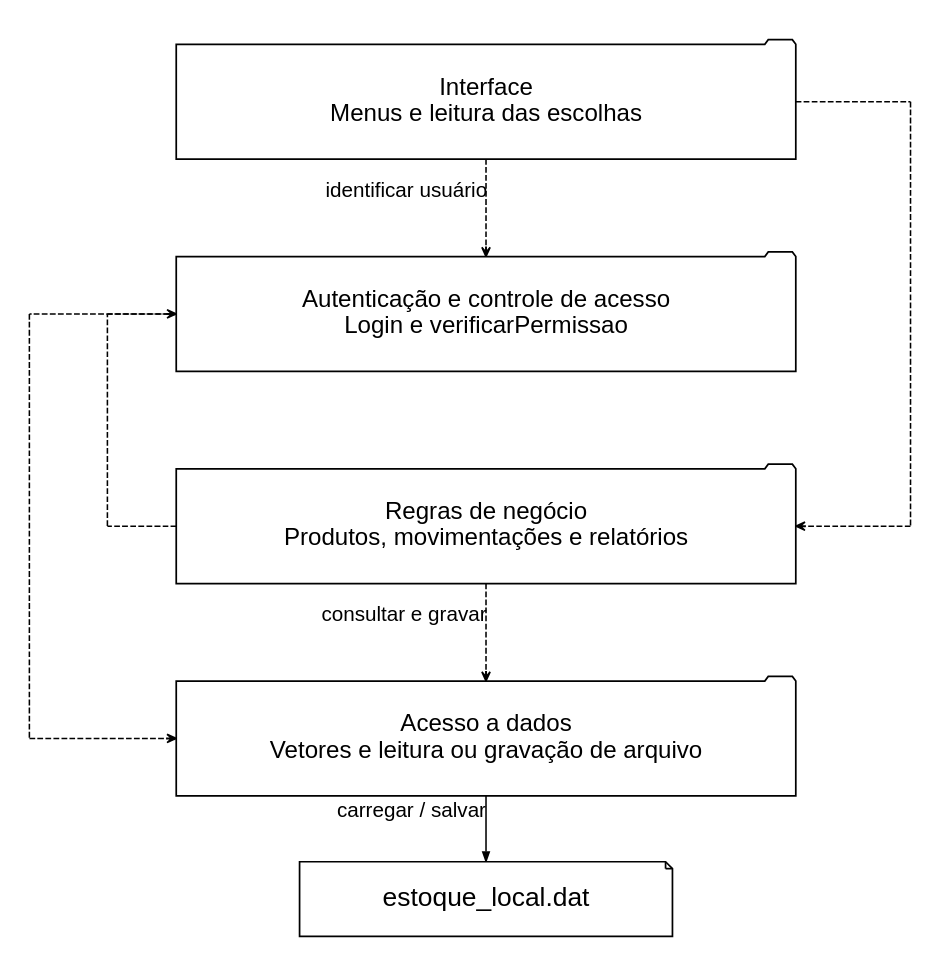
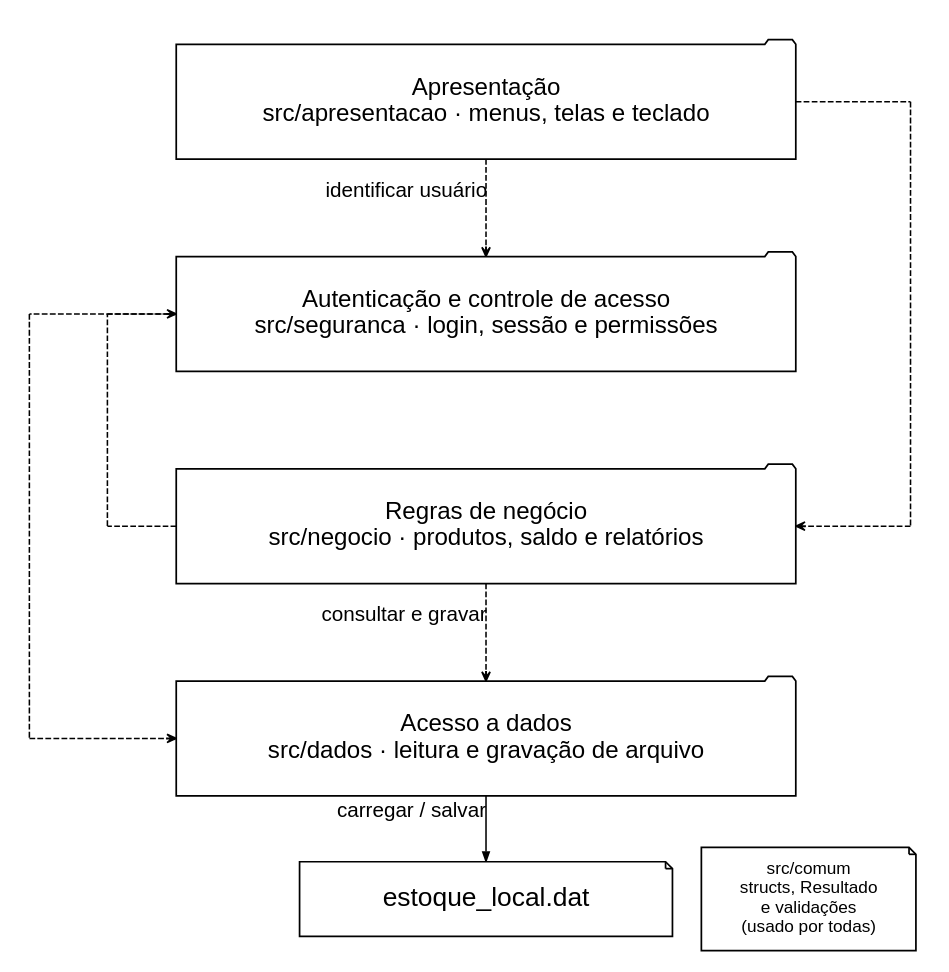
The diagram in diagramas/fontes/06_pacotes.dot (Fontesvini/EstoqueFacil_PIM-II), drawn with Graphviz before and after one commit. The commit also changed 15 other files, not shown here.

```diff
--- a/diagramas/fontes/06_pacotes.dot
+++ b/diagramas/fontes/06_pacotes.dot
@@ -1,30 +1,31 @@
 digraph G {
 graph [layout=neato, overlap=true, splines=line, outputorder=edgesfirst, bgcolor="white", pad="0.08", margin=0, notranslate=true];
 node [pin=true, fontname="Arial", fontsize=18, shape=box, fixedsize=true, margin=0, color="black", style="filled", fillcolor="white", penwidth=1.5];
 edge [fontname="Arial", fontsize=16, color="black", penwidth=1.35, arrowsize=0.8];
 _a [label="", pos="0.0,0.0!", width="0.0", height="0.0", shape="point", style="invis"];
 _z [label="", pos="11.11111111111111,-11.38888888888889!", width="0.0", height="0.0", shape="point", style="invis"];
-I [label="Interface\nMenus e leitura das escolhas", pos="5.694444444444445,-1.0416666666666667!", width="7.5", height="1.3888888888888888", shape="folder", fontsize="21"];
-A [label="Autenticação e controle de acesso\nLogin e verificarPermissao", pos="5.694444444444445,-3.611111111111111!", width="7.5", height="1.3888888888888888", shape="folder", fontsize="21"];
-R [label="Regras de negócio\nProdutos, movimentações e relatórios", pos="5.694444444444445,-6.180555555555555!", width="7.5", height="1.3888888888888888", shape="folder", fontsize="21"];
-D [label="Acesso a dados\nVetores e leitura ou gravação de arquivo", pos="5.694444444444445,-8.75!", width="7.5", height="1.3888888888888888", shape="folder", fontsize="21"];
+I [label="Apresentação\nsrc/apresentacao · menus, telas e teclado", pos="5.694444444444445,-1.0416666666666667!", width="7.5", height="1.3888888888888888", shape="folder", fontsize="21"];
+A [label="Autenticação e controle de acesso\nsrc/seguranca · login, sessão e permissões", pos="5.694444444444445,-3.611111111111111!", width="7.5", height="1.3888888888888888", shape="folder", fontsize="21"];
+R [label="Regras de negócio\nsrc/negocio · produtos, saldo e relatórios", pos="5.694444444444445,-6.180555555555555!", width="7.5", height="1.3888888888888888", shape="folder", fontsize="21"];
+D [label="Acesso a dados\nsrc/dados · leitura e gravação de arquivo", pos="5.694444444444445,-8.75!", width="7.5", height="1.3888888888888888", shape="folder", fontsize="21"];
 F [label="estoque_local.dat", pos="5.694444444444445,-10.694444444444445!", width="4.513888888888889", height="0.9027777777777778", shape="note", fontsize="23"];
 I:s -> A:n [arrowhead="open", style="dashed", label="identificar usuário", fontsize="18"];
 p1 [label="", pos="10.833333333333334,-1.0416666666666667!", width="0.0", height="0.0", shape="point", style="invis"];
 p2 [label="", pos="10.833333333333334,-6.180555555555555!", width="0.0", height="0.0", shape="point", style="invis"];
 I:e -> p1 [arrowhead="none", style="dashed"];
 p1 -> p2 [arrowhead="none", style="dashed"];
 p2 -> R:e [arrowhead="open", style="dashed"];
 p3 [label="", pos="1.1111111111111112,-6.180555555555555!", width="0.0", height="0.0", shape="point", style="invis"];
 p4 [label="", pos="1.1111111111111112,-3.611111111111111!", width="0.0", height="0.0", shape="point", style="invis"];
 R:w -> p3 [arrowhead="none", style="dashed"];
 p3 -> p4 [arrowhead="none", style="dashed"];
 p4 -> A:w [arrowhead="open", style="dashed"];
 p5 [label="", pos="0.16666666666666666,-3.611111111111111!", width="0.0", height="0.0", shape="point", style="invis"];
 p6 [label="", pos="0.16666666666666666,-8.75!", width="0.0", height="0.0", shape="point", style="invis"];
 A:w -> p5 [arrowhead="none", style="dashed"];
 p5 -> p6 [arrowhead="none", style="dashed"];
 p6 -> D:w [arrowhead="open", style="dashed"];
+C [label="src/comum\nstructs, Resultado\ne validações\n(usado por todas)", pos="9.6,-10.694444444444445!", width="2.6", height="1.25", shape="note", fontsize="15"];
 R:s -> D:n [arrowhead="open", style="dashed", label="consultar e gravar", fontsize="18"];
 D:s -> F:n [arrowhead="normal", label="carregar / salvar", fontsize="18"];
 }
```
